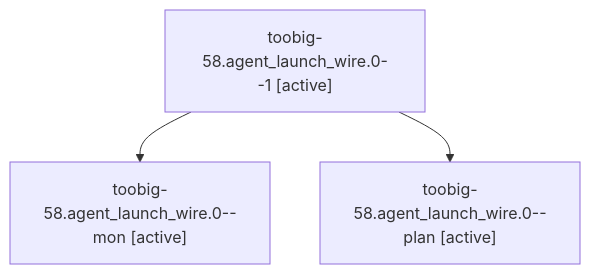
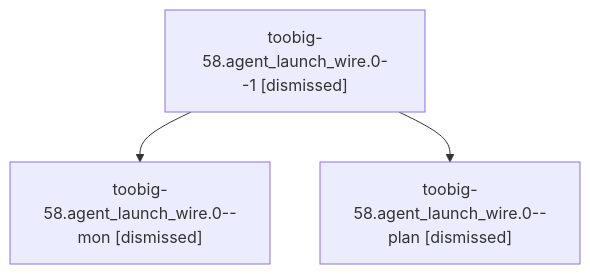
One commit to sase-org/sase--agents changed the diagram in sessions/bbugyi200.athena.toobig-58.agent_launch_wire.0.md. Above: the diagram before and after it, drawn with Mermaid. The commit also changed other lines of this file and 146 other files, not shown here.

````diff
--- a/sessions/bbugyi200.athena.toobig-58.agent_launch_wire.0.md
+++ b/sessions/bbugyi200.athena.toobig-58.agent_launch_wire.0.md
@@ -9,8 +9,8 @@
 ```mermaid
 flowchart TD
-  n0["toobig-58.agent_launch_wire.0--1 [active]"]
-  n1["toobig-58.agent_launch_wire.0--mon [active]"]
+  n0["toobig-58.agent_launch_wire.0--1 [dismissed]"]
+  n1["toobig-58.agent_launch_wire.0--mon [dismissed]"]
   n0 --> n1
-  n2["toobig-58.agent_launch_wire.0--plan [active]"]
+  n2["toobig-58.agent_launch_wire.0--plan [dismissed]"]
   n0 --> n2
 ```
````
